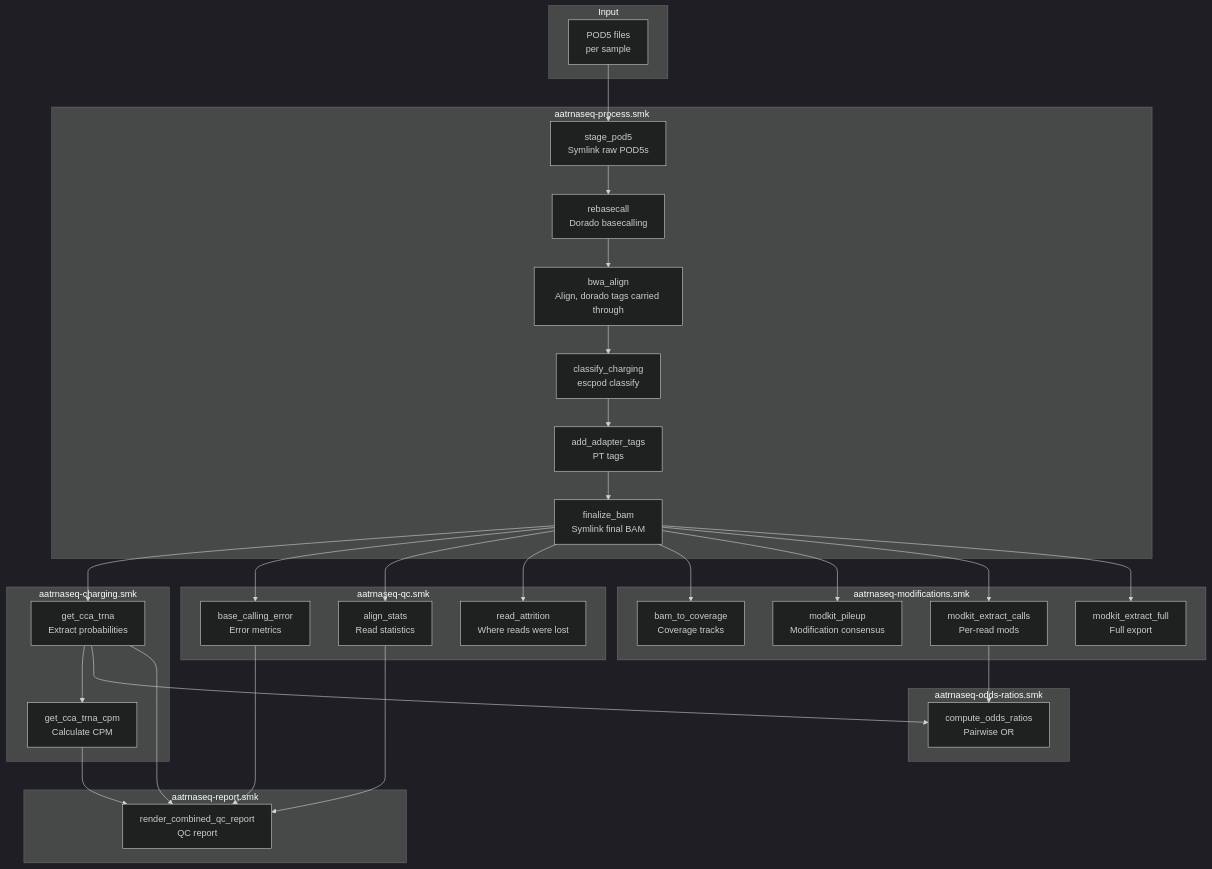
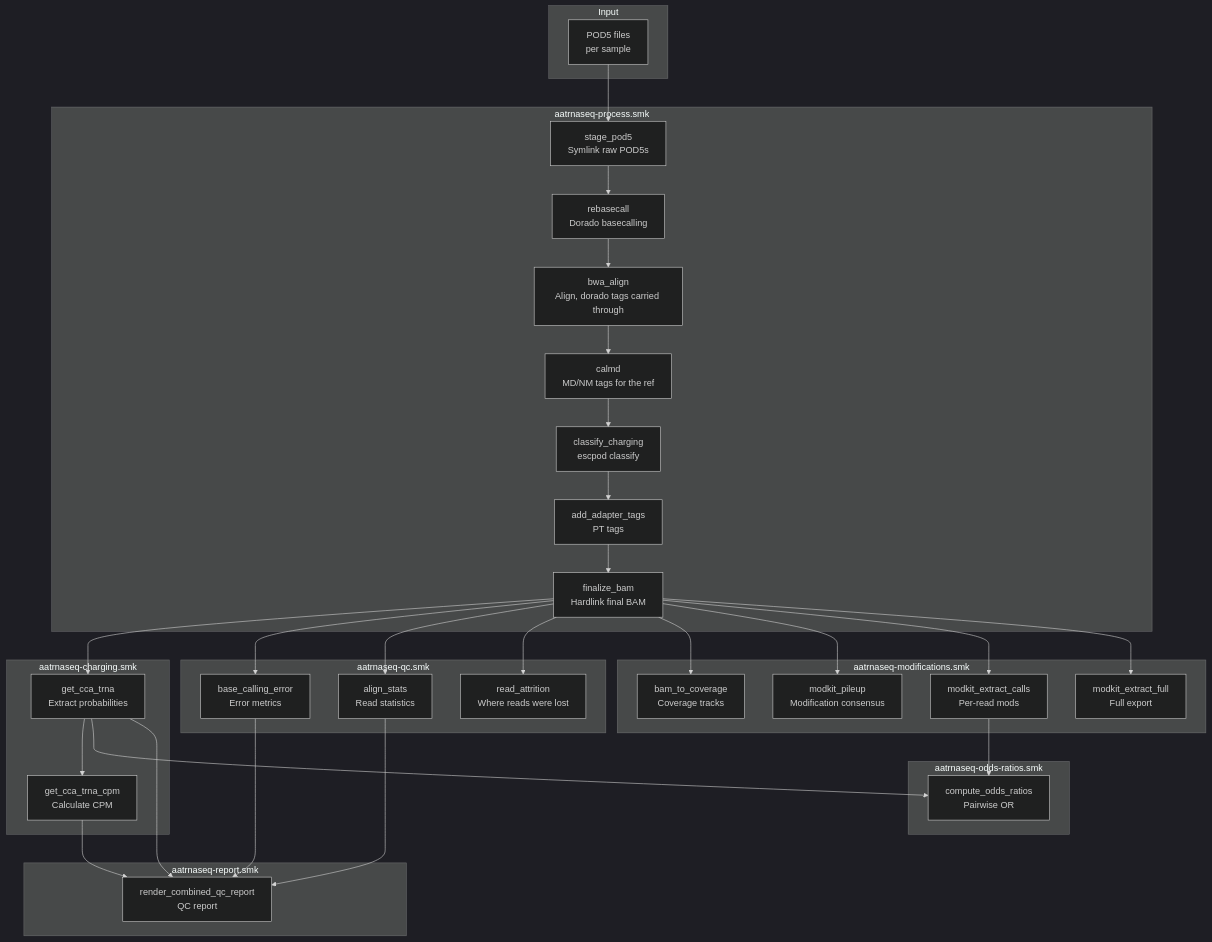
Before and after one commit to rnabioco/aa-tRNA-seq-pipeline: the second of 4 diagrams in docs/workflow/overview.md, drawn with Mermaid (dark theme). The commit also changed other lines of this file and 11 other files, not shown here.

````diff
--- a/docs/workflow/overview.md
+++ b/docs/workflow/overview.md
@@ -35,58 +37,59 @@
 ```mermaid
 flowchart TB
     subgraph Input
         A[POD5 files<br/>per sample]
     end
 
     subgraph Processing[aatrnaseq-process.smk]
         B[stage_pod5<br/>Symlink raw POD5s]
         C[rebasecall<br/>Dorado basecalling]
         E[bwa_align<br/>Align, dorado tags carried through]
+        CM[calmd<br/>MD/NM tags for the ref]
         F[classify_charging<br/>escpod classify]
         G2[add_adapter_tags<br/>PT tags]
-        G3[finalize_bam<br/>Symlink final BAM]
+        G3[finalize_bam<br/>Hardlink final BAM]
     end
 
     subgraph Charging[aatrnaseq-charging.smk]
         H[get_cca_trna<br/>Extract probabilities]
         I[get_cca_trna_cpm<br/>Calculate CPM]
     end
 
     subgraph QC[aatrnaseq-qc.smk]
         J[base_calling_error<br/>Error metrics]
         K[align_stats<br/>Read statistics]
         L[read_attrition<br/>Where reads were lost]
     end
 
     subgraph Mods[aatrnaseq-modifications.smk]
         M[bam_to_coverage<br/>Coverage tracks]
         N[modkit_pileup<br/>Modification consensus]
         O[modkit_extract_calls<br/>Per-read mods]
         P[modkit_extract_full<br/>Full export]
     end
 
     subgraph OddsRatios[aatrnaseq-odds-ratios.smk]
         Q[compute_odds_ratios<br/>Pairwise OR]
     end
 
     subgraph Report[aatrnaseq-report.smk]
         R[render_combined_qc_report<br/>QC report]
     end
 
-    A --> B --> C --> E --> F --> G2 --> G3
+    A --> B --> C --> E --> CM --> F --> G2 --> G3
 
     G3 --> H --> I
     G3 --> J
     G3 --> K
     G3 --> L
     G3 --> M
     G3 --> N
     G3 --> O
     G3 --> P
     O --> Q
     H --> Q
     J --> R
     H --> R
     I --> R
     K --> R
 ```
````
